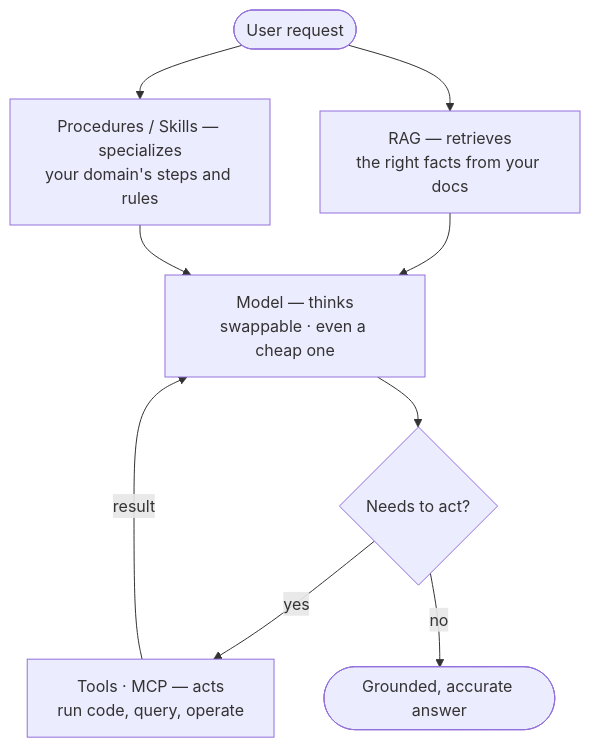
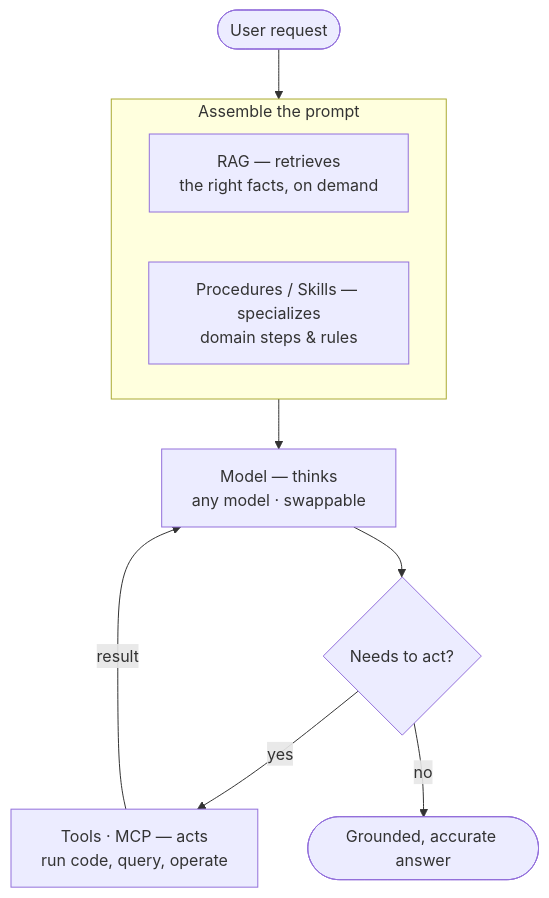
Before and after one commit to nhatvu148/llm-harness-starter: the diagram in README.md, drawn with Mermaid.

Commit message:
docs: group RAG + procedures under 'Assemble the prompt'

````diff
--- a/README.md
+++ b/README.md
@@ -22,17 +22,15 @@
 ```mermaid
 flowchart TB
-    Q([User request]) --> RAG
-    Q --> PROC
+    Q([User request]) --> CTX
 
-    RAG["RAG — retrieves<br/>the right facts from your docs"]
-    PROC["Procedures / Skills — specializes<br/>your domain's steps and rules"]
+    subgraph CTX["Assemble the prompt"]
+        RAG["RAG — retrieves<br/>the right facts, on demand"]
+        PROC["Procedures / Skills — specializes<br/>domain steps &amp; rules"]
+    end
 
-    RAG --> M
-    PROC --> M
-
-    M["Model — thinks<br/>swappable · even a cheap one"]
+    CTX --> M["Model — thinks<br/>any model · swappable"]
     M --> D{"Needs to act?"}
     D -->|yes| T["Tools · MCP — acts<br/>run code, query, operate"]
     T -->|result| M
     D -->|no| A([Grounded, accurate answer])
 ```
````
